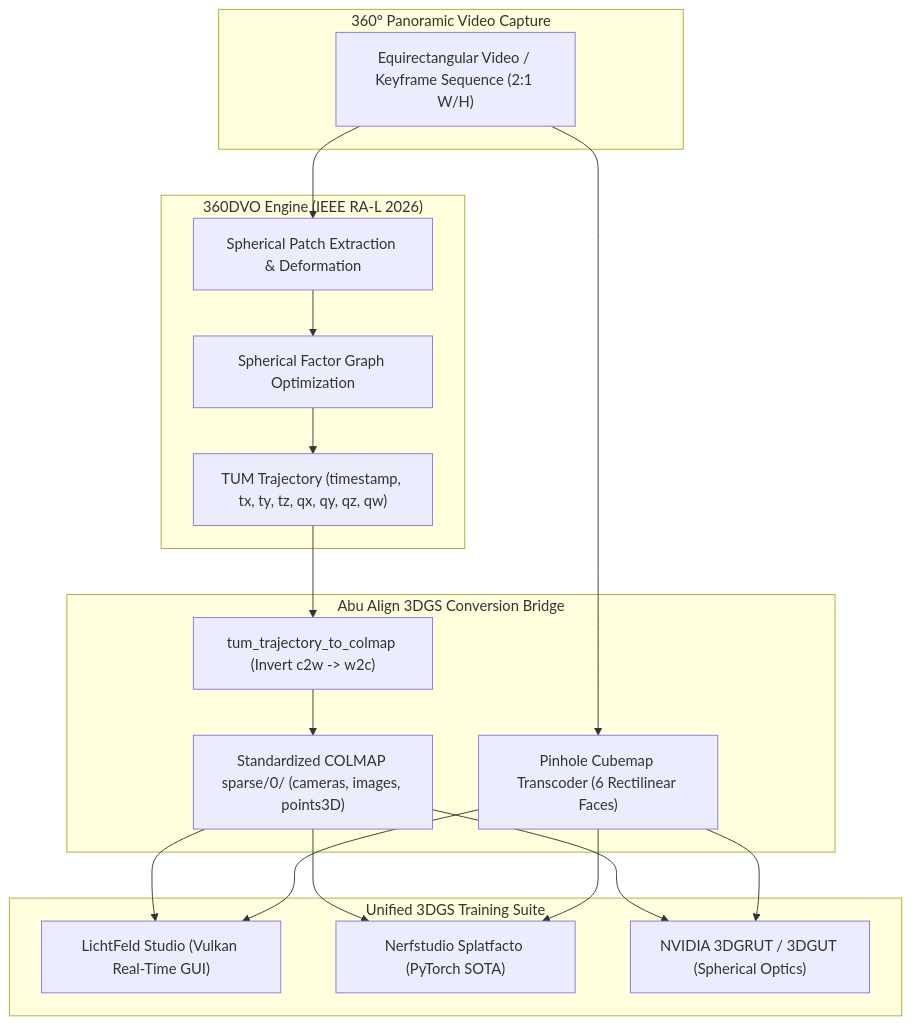
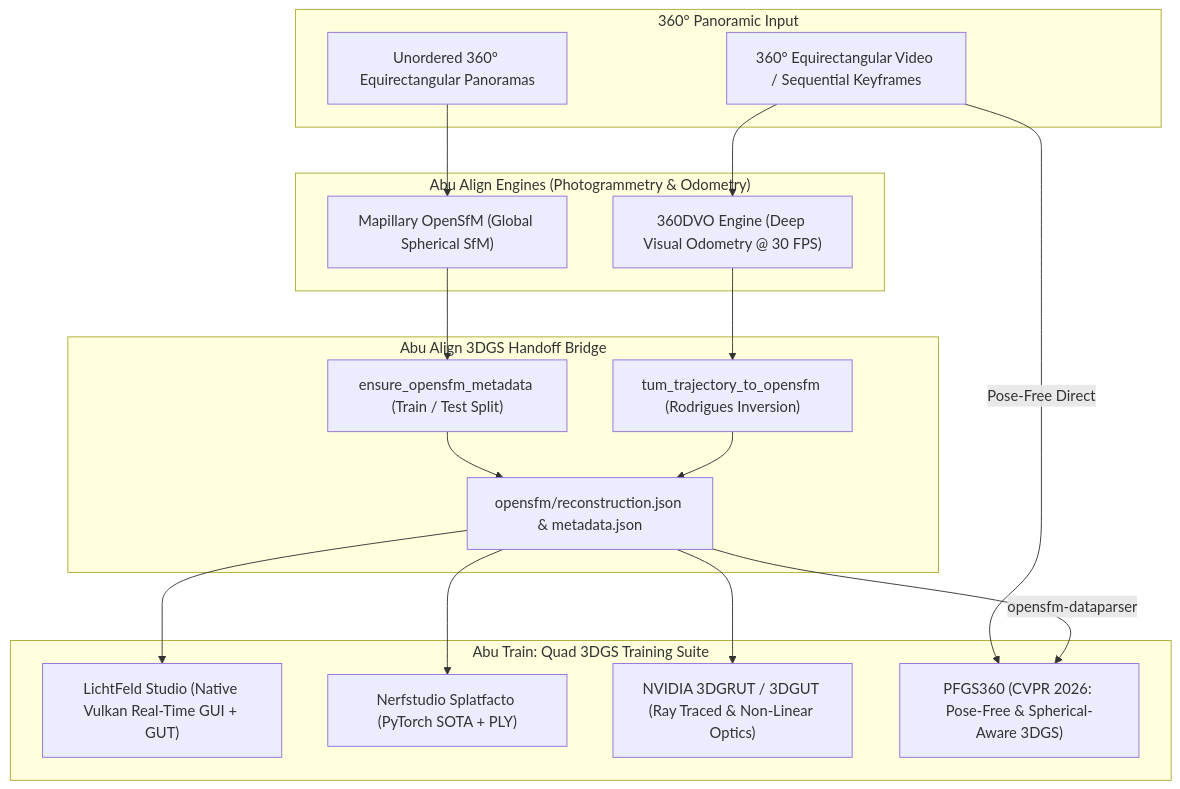
Before and after one commit to saemranian/abu-align-train: the diagram in walkthrough.md, drawn with Mermaid. The commit also changed other lines of this file and 40 other files, not shown here.

Commit message:
v0.0.2.2: Add PFGS360 (CVPR 2026) 3DGS training engine with OpenSfM and 360DVO alignment handoff bridges and pose-free omnidirectional support

````diff
--- a/walkthrough.md
+++ b/walkthrough.md
@@ -11,29 +17,34 @@
 ```mermaid
 flowchart TD
-    subgraph Input ["360° Panoramic Video Capture"]
-        Video["Equirectangular Video / Keyframe Sequence (2:1 W/H)"]
+    subgraph Capture ["360° Panoramic Input"]
+        PanoVideo["360° Equirectangular Video / Sequential Keyframes"]
+        PanoPhotos["Unordered 360° Equirectangular Panoramas"]
     end
 
-    subgraph DVO360 ["360DVO Engine (IEEE RA-L 2026)"]
-        Patches["Spherical Patch Extraction & Deformation"]
-        FactorGraph["Spherical Factor Graph Optimization"]
-        TUM["TUM Trajectory (timestamp, tx, ty, tz, qx, qy, qz, qw)"]
+    subgraph AlignmentEngines ["Abu Align Engines (Photogrammetry & Odometry)"]
+        OpenSfM["Mapillary OpenSfM (Global Spherical SfM)"]
+        DVO["360DVO Engine (Deep Visual Odometry @ 30 FPS)"]
     end
 
-    subgraph Bridge ["Abu Align 3DGS Conversion Bridge"]
-        TUMtoCOLMAP["tum_trajectory_to_colmap (Invert c2w -> w2c)"]
-        Sparse0["Standardized COLMAP sparse/0/ (cameras, images, points3D)"]
-        Transcoder["Pinhole Cubemap Transcoder (6 Rectilinear Faces)"]
+    subgraph HandoffBridge ["Abu Align 3DGS Handoff Bridge"]
+        DVOBridge["tum_trajectory_to_opensfm (Rodrigues Inversion)"]
+        SFMMeta["ensure_opensfm_metadata (Train / Test Split)"]
+        RecJSON["opensfm/reconstruction.json & metadata.json"]
     end
 
-    subgraph TrainingEngines ["Unified 3DGS Training Suite"]
-        LF["LichtFeld Studio (Vulkan Real-Time GUI)"]
-        NS["Nerfstudio Splatfacto (PyTorch SOTA)"]
-        GRUT["NVIDIA 3DGRUT / 3DGUT (Spherical Optics)"]
+    subgraph TrainingEngines ["Abu Train: Quad 3DGS Training Suite"]
+        LF["LichtFeld Studio (Native Vulkan Real-Time GUI + GUT)"]
+        NS["Nerfstudio Splatfacto (PyTorch SOTA + PLY)"]
+        GRUT["NVIDIA 3DGRUT / 3DGUT (Ray Traced & Non-Linear Optics)"]
+        PFGS["PFGS360 (CVPR 2026: Pose-Free & Spherical-Aware 3DGS)"]
     end
 
-    Video --> Patches --> FactorGraph --> TUM
-    TUM --> TUMtoCOLMAP --> Sparse0
-    Video --> Transcoder
-    Sparse0 & Transcoder --> LF & NS & GRUT
+    PanoPhotos --> OpenSfM
+    PanoVideo --> DVO
+    PanoVideo -->|Pose-Free Direct| PFGS
+
+    OpenSfM --> SFMMeta --> RecJSON
+    DVO --> DVOBridge --> RecJSON
+    RecJSON -->|opensfm-dataparser| PFGS
+    RecJSON --> LF & NS & GRUT
 ```
````
